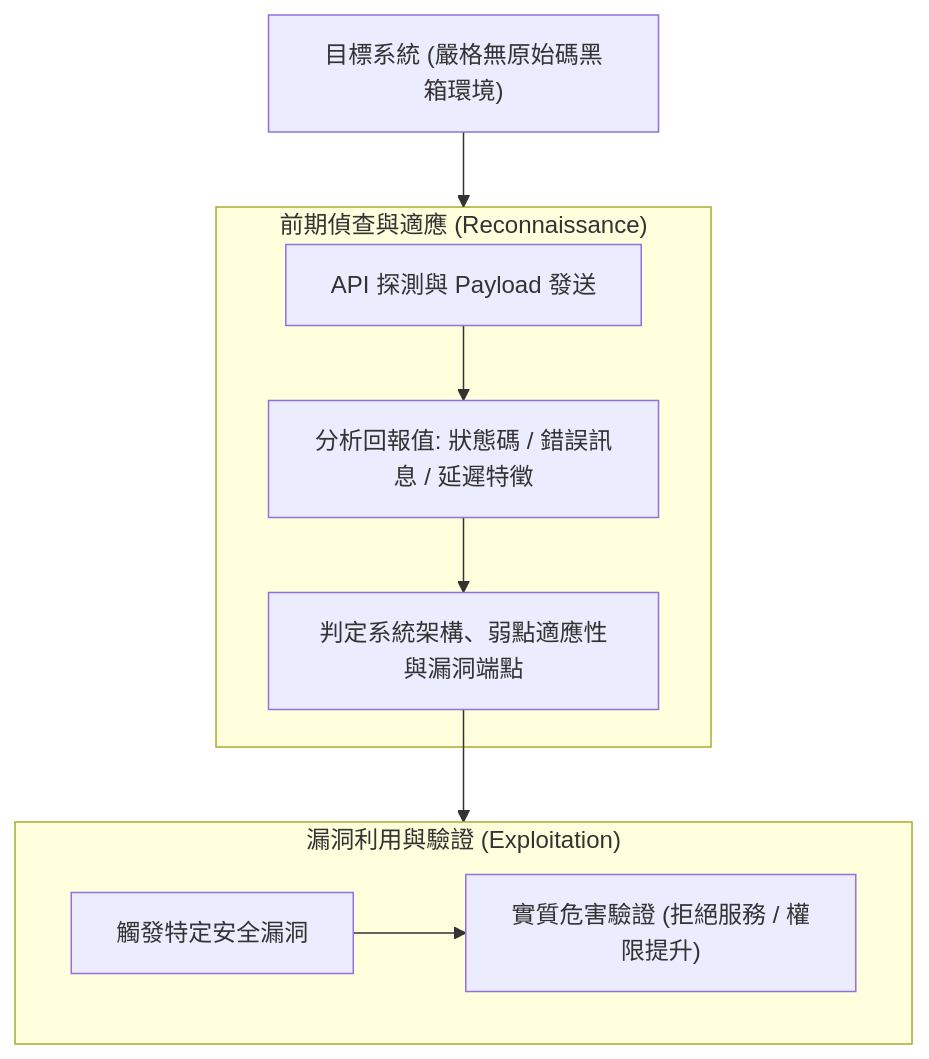
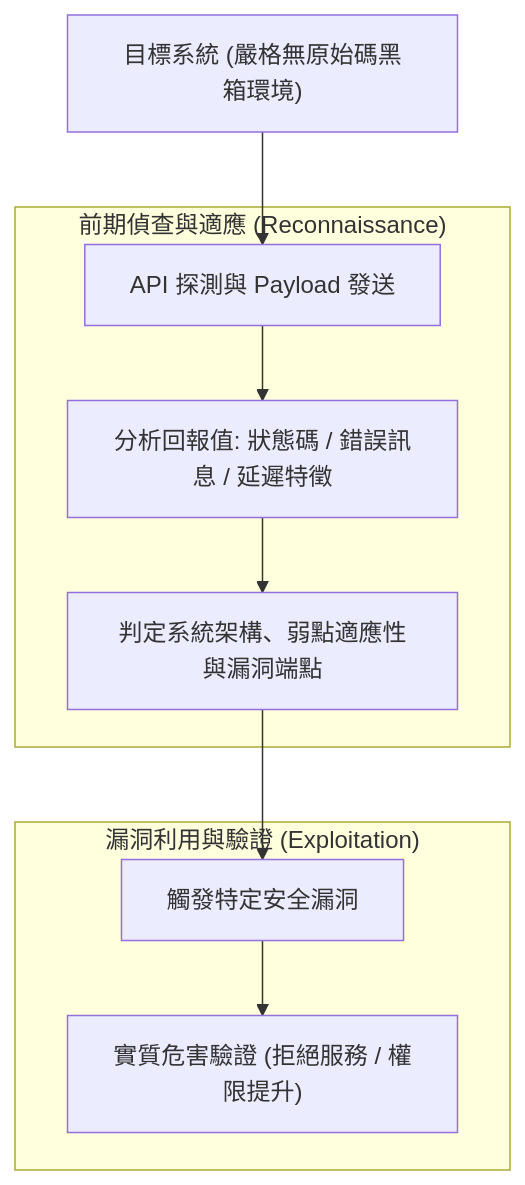
The diagram in 5-Master/Laboratory/Thesis-Progress/20261008-黑箱API漏洞探測策略與利用鏈前期偵查研討.md (Youchenjiang/kb-records), drawn with Mermaid before and after one commit. The commit also changed 15 other files, not shown here.

Commit message:
feat(linter): add mermaid, simplified chinese, and asr guards

````diff
--- a/5-Master/Laboratory/Thesis-Progress/20261008-黑箱API漏洞探測策略與利用鏈前期偵查研討.md
+++ b/5-Master/Laboratory/Thesis-Progress/20261008-黑箱API漏洞探測策略與利用鏈前期偵查研討.md
@@ -20,19 +20,19 @@
 ```mermaid
 flowchart TD
-    TargetSystem["目標系統 (嚴格無原始碼黑箱環境)"] --> ReconPhase["【前期偵查階段】"]
+    TargetSystem["目標系統 (嚴格無原始碼黑箱環境)"] --> Fuzzing
     
     subgraph ReconPhase["前期偵查與適應 (Reconnaissance)"]
         Fuzzing["API 探測與 Payload 發送"]
         Response["分析回報值: 狀態碼 / 錯誤訊息 / 延遲特徵"]
         Decision["判定系統架構、弱點適應性與漏洞端點"]
         Fuzzing --> Response --> Decision
     end
     
-    Decision --> ExploitPhase["【後期利用階段】"]
+    Decision --> PayloadExecution
     
     subgraph ExploitPhase["漏洞利用與驗證 (Exploitation)"]
         PayloadExecution["觸發特定安全漏洞"]
         ImpactVerify["實質危害驗證 (拒絕服務 / 權限提升)"]
         PayloadExecution --> ImpactVerify
     end
 ```
````
